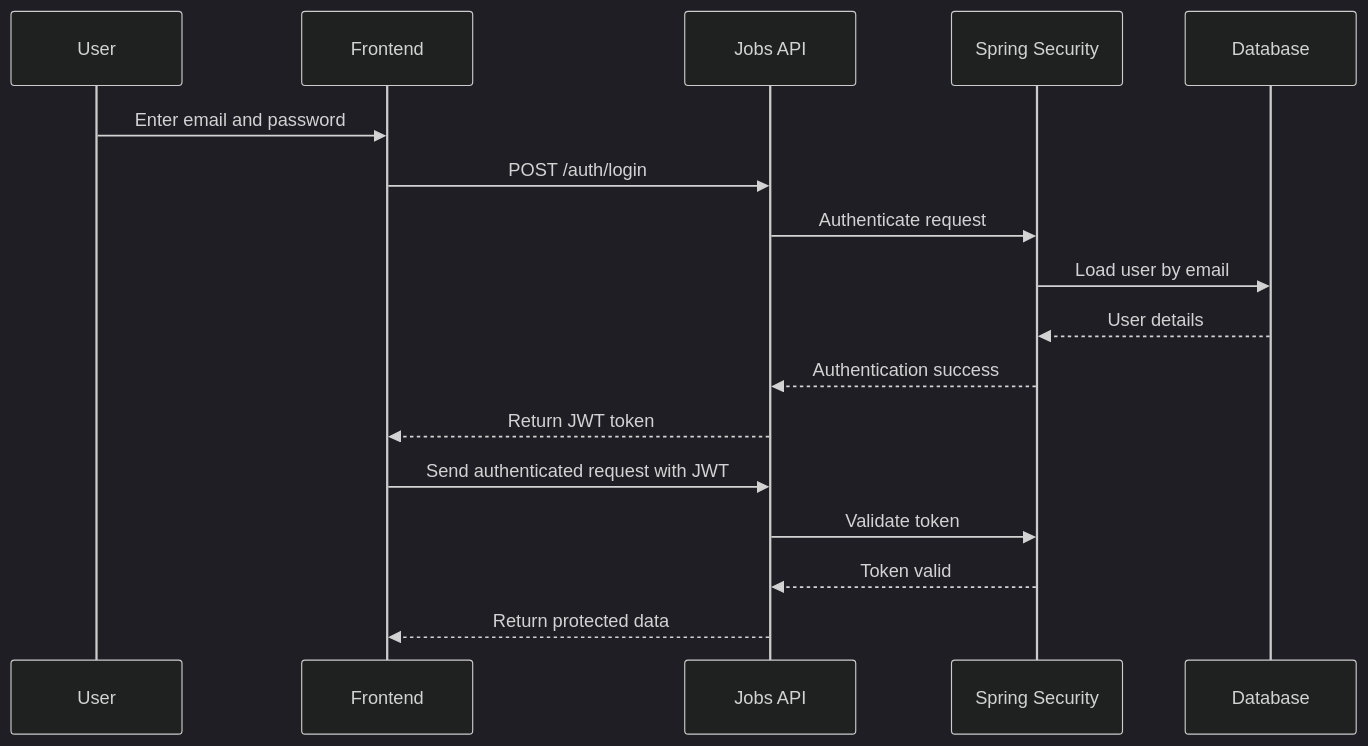
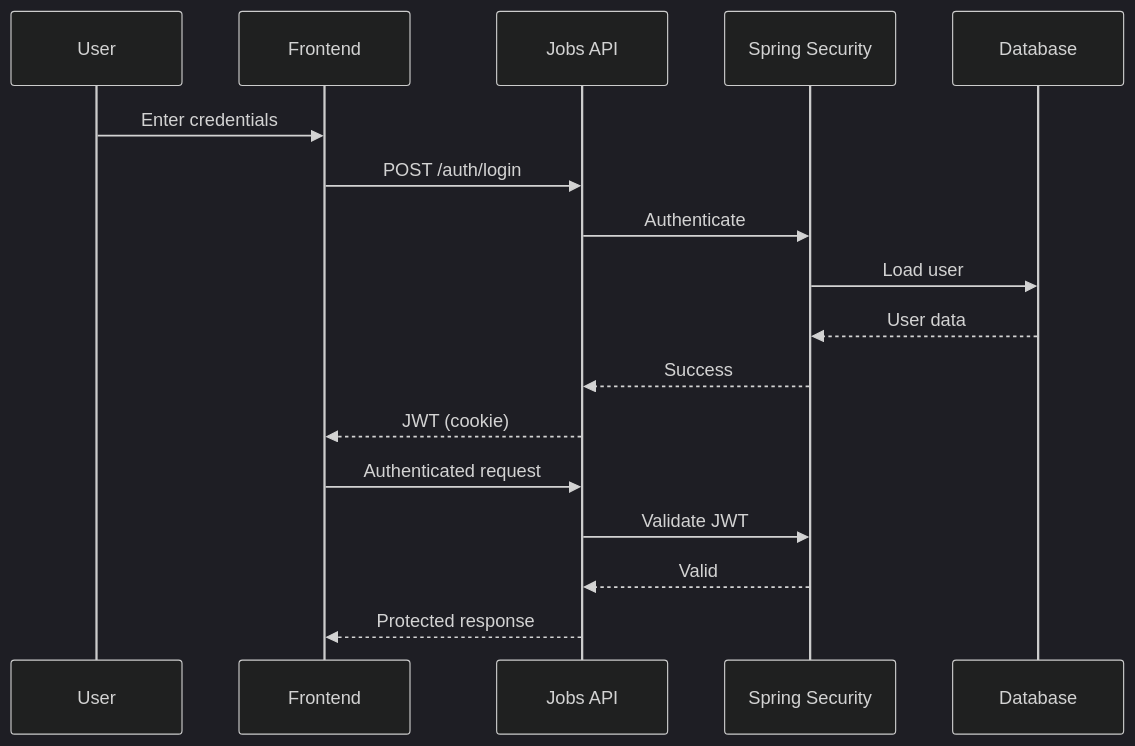
Before and after one commit to dinara-t/Jobs-API: the third of 3 diagrams in README.md, drawn with Mermaid (dark theme). The commit also changed other lines of this file, not shown here.

````diff
--- a/README.md
+++ b/README.md
@@ -93,20 +95,21 @@
 ```mermaid
 sequenceDiagram
     participant U as User
     participant FE as Frontend
     participant API as Jobs API
     participant SEC as Spring Security
     participant DB as Database
 
-    U->>FE: Enter email and password
+    U->>FE: Enter credentials
     FE->>API: POST /auth/login
-    API->>SEC: Authenticate request
-    SEC->>DB: Load user by email
-    DB-->>SEC: User details
-    SEC-->>API: Authentication success
-    API-->>FE: Return JWT token
-    FE->>API: Send authenticated request with JWT
-    API->>SEC: Validate token
-    SEC-->>API: Token valid
-    API-->>FE: Return protected data
+    API->>SEC: Authenticate
+    SEC->>DB: Load user
+    DB-->>SEC: User data
+    SEC-->>API: Success
+    API-->>FE: JWT (cookie)
+
+    FE->>API: Authenticated request
+    API->>SEC: Validate JWT
+    SEC-->>API: Valid
+    API-->>FE: Protected response
 ```
````
